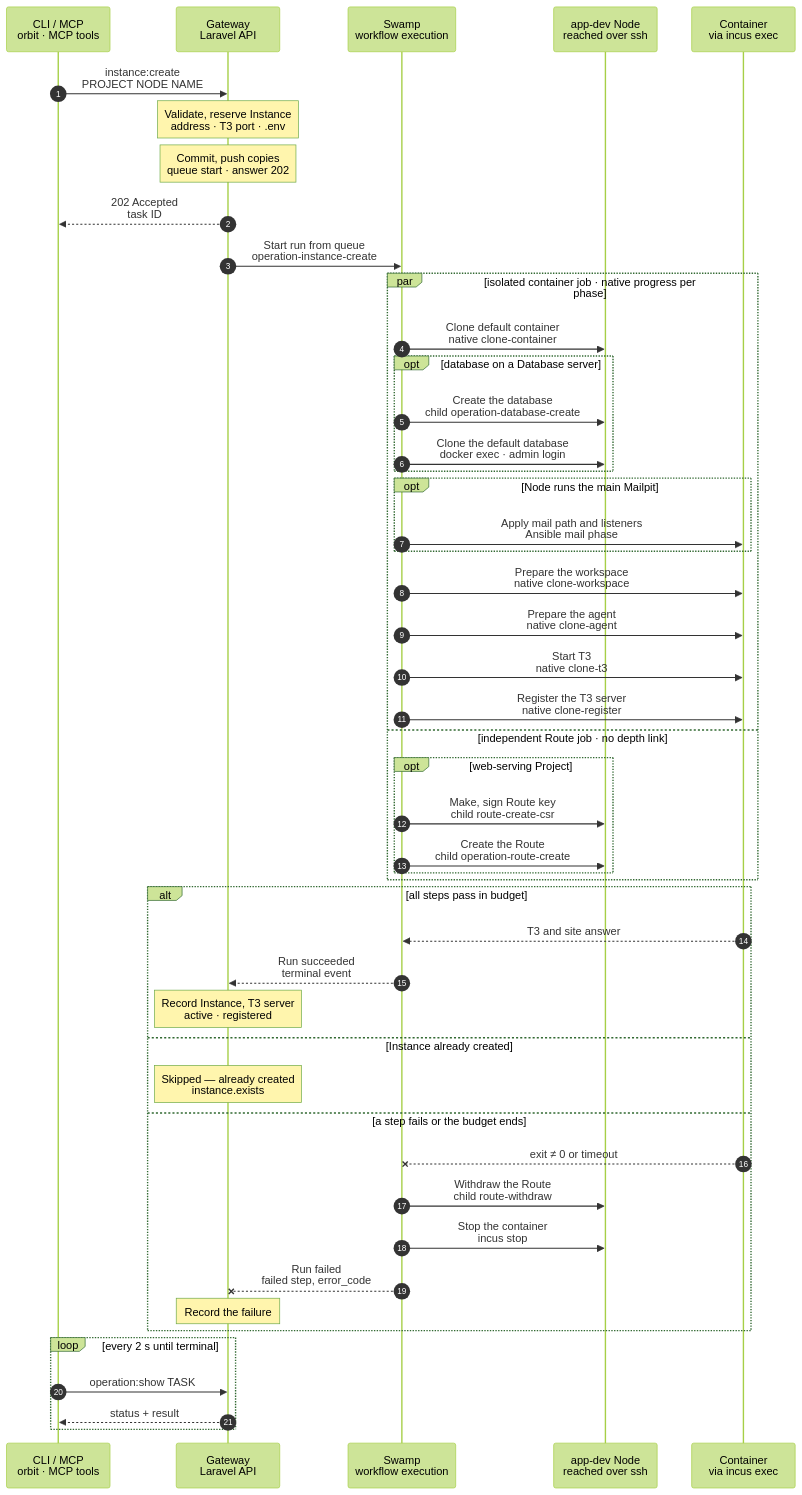
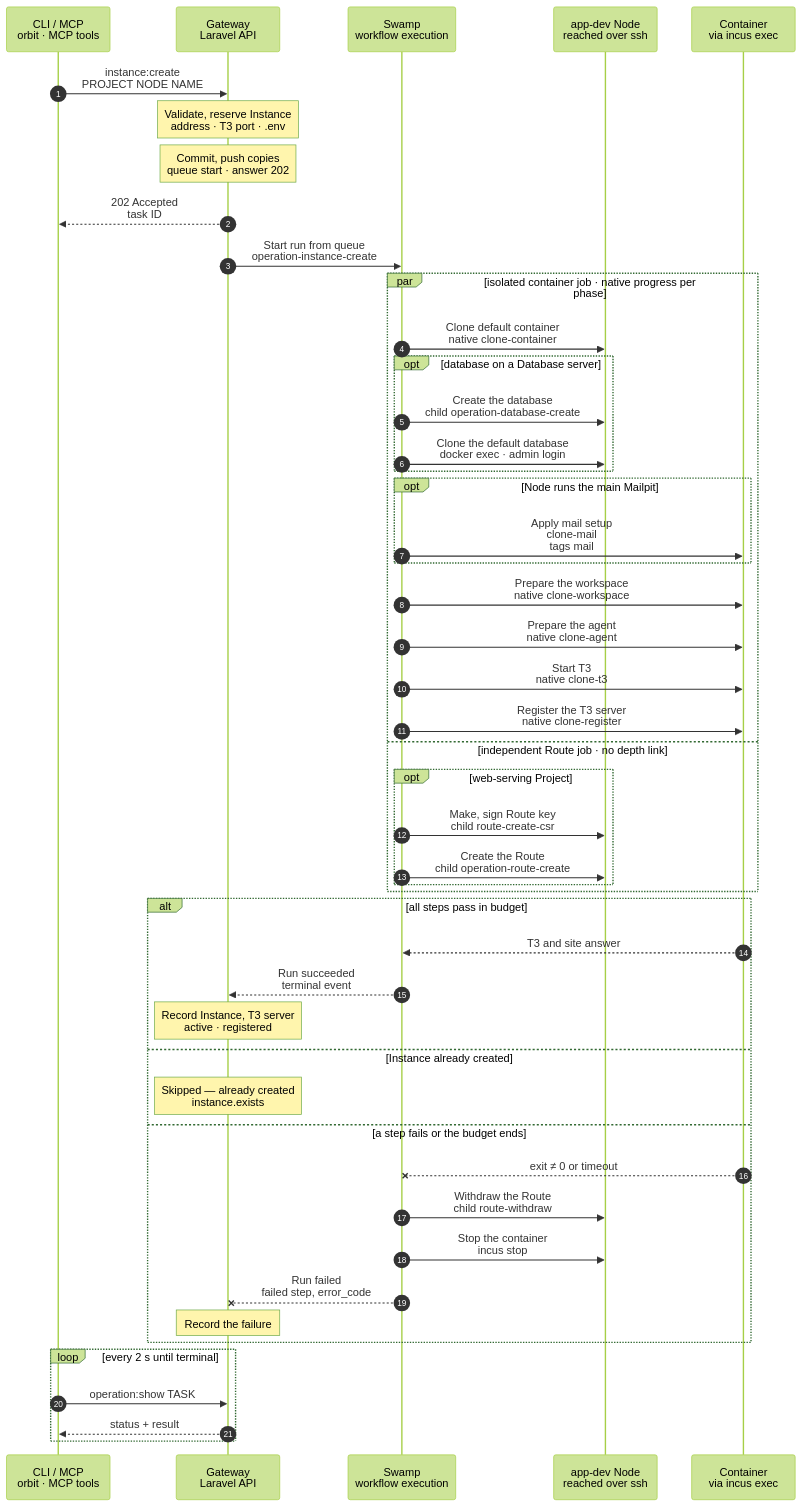
Before and after one commit to hardimpactdev/orbit: the diagram in docs/cli/instance/container/create.mmd, drawn with Mermaid (forest theme). The commit also changed 11 other files, not shown here.

```diff
--- a/docs/cli/instance/container/create.mmd
+++ b/docs/cli/instance/container/create.mmd
@@ -1,123 +1,123 @@
 sequenceDiagram
   %% Target design, container runtime (ADR 0250 step 3, docs/reference/development-containers.md#create): every new Instance is a ZFS clone of the Project's default Instance on its Node, with a clone of its database. Built for the Nodes of the build list. The kind and its step names follow docs/cli/instance/create.mmd; the intent's `container.clone` marks a clone. The Project's first default Instance is container/create-default.mmd; when the charts move into place, it becomes the first-default branch of this chart.
   %% status: draft
   %% command: instance:create
   %% kind: instance.create
   autonumber
   %% lane CLI icon=terminal pill=caller tone=gray
   %% lane GW icon=gateway pill=intent tone=blue
   %% lane SW icon=workflow pill=executes tone=green
   %% lane N icon=server pill=target tone=amber
   %% lane C icon=server pill=target tone=purple
   participant CLI as CLI / MCP<br/>orbit · MCP tools
   participant GW as Gateway<br/>Laravel API
   participant SW as Swamp<br/>workflow execution
   participant N as app-dev Node<br/>reached over ssh
   participant C as Container<br/>via incus exec
   CLI->>GW: instance:create<br/>PROJECT NODE NAME
   %%> Command:
   %%> - `orbit instance:create PROJECT NODE NAME`
   %%> - syntax: `<project> <node> <name> [--root=PATH] [--domain=HOST] [--branch=BRANCH] [--database-server=SLUG]`
   Note over GW: Validate, reserve Instance<br/>address · T3 port · .env
   %%> Requirements:
   %%> - the calling Node has node access to the target Node, an active `app-dev` Node
   %%> - the Project's `default` Instance runs in a container on this Node, is active and has a seed snapshot, else `instance.default_missing`
   %%> - Conn is enabled, and the model router has its guard, else `operation.kind_unavailable`
   %%> - a database on a Database server clones on the default's server; another server refuses `instance.database_clone_unsupported`
   %%> Result:
   %%> - the Instance is reserved with its runtime record: container name, bridge address, the lowest free T3 port from 3800 and the default as clone source
   %%> - `.env` is rendered from the Project's env template; it, the placeholder model key and a repository read token go to the vault
   %%> - the clone workspace reads one private JSON vault value with `.env` and the Process environment files; SSH stdin takes the whole value
   %%> - a task is recorded with the full intent and `container.clone`
   Note over GW: Commit, push copies<br/>queue start · answer 202
   GW-->>CLI: 202 Accepted<br/>task ID
   GW->>SW: Start run from queue<br/>operation-instance-create
   par isolated container job · native progress per phase
     SW->>N: Clone default container<br/>native clone-container
     %%> What it does:
     %%> - the copy supplies the full root disk device (type, path, pool and size), whether the seed inherits it or stores it locally
     %%> - `incus copy` of the default container's snapshot `seed-<commit>`, a ZFS clone; a stopped default needs no start
     %%> - the copy gets its own bridge address and ACL, and the proxy device `t3`: NAT from the Node's WireGuard address and the T3 port to T3's port 3773
     %%> - the container's ACL lets the Node's Caddy reach port 8080, WireGuard peers reach port 3773, and the container reach its database server's port
     %%> - UFW: a route rule admits WireGuard peers to T3, below a deny for the task VM range; a rule admits the container to its database server's port
     %%> - starts the copy: nftables, `hidepid` and the image's units start; T3 does not, because `/etc/orbit/instance` does not exist yet
     %%> Branch:
     %%> - fetches the Instance's branch into the Node's mirror with the read token, or creates it at the seed commit; the token stays on the Node
     opt database on a Database server
       SW->>N: Create the database<br/>child operation-database-create
       %%> What it does, through the database family:
       %%> - creates the Instance's owner and an empty database on the default's server
       SW->>N: Clone the default database<br/>docker exec · admin login
       %%> What it does:
       %%> - PostgreSQL: refuses new connections to the default database and ends its sessions, then `CREATE DATABASE … TEMPLATE`, and gives the clone's objects to the new owner
       %%> - a cleanup that always runs allows connections to the default database again
       %%> - MySQL: a dump of the default database restored into the new one
       %%> Runs beside the clone step: Swamp starts both at once.
     end
     opt Node runs the main Mailpit
-      SW->>C: Apply mail path and listeners<br/>Ansible mail phase
+      SW->>C: Apply mail setup<br/>clone-mail<br/>tags mail
       %%> Why:
       %%> - the exact own-ACL SMTP rule and additive bridge endpoint reach Mailpit without a Node converge
       %%> When:
       %%> - two IPv4 loopback sockets forward 1025 and 2525; a foreign listener skips setup without stopping its Process
     end
     SW->>C: Prepare the workspace<br/>native clone-workspace
     %%> What it does:
     %%> - pushes the branch in as a bundle and checks it out in `/srv/workspace`; the group, setgid bits and default ACLs come with the clone
     %%> - writes `.env` for `orbit` with group `work`; it keeps the default's `APP_KEY`, because the cloned data is encrypted with it
     %%> No setup steps:
     %%> - the default Instance installed the dependencies and migrated; a later lockfile change is installed in the workspace
     SW->>C: Prepare the agent<br/>native clone-agent
     %%> What it does:
     %%> - writes the placeholder key for `agent`, and the Claude Code and Codex settings that point at the model forwarder
     %%> - links `~/.claude/CLAUDE.md` and `~/.codex/AGENTS.md` of `agent` to the note of the Project type
     %%> - writes `/etc/orbit/instance`, owned by root and readable by all
     %%> What it does:
     %%> - writes the shared FrankenPHP Caddyfile and unit, then restarts it as `orbit`; only the Node's bridge peer with `X-Forwarded-Proto: https` sets PHP's HTTPS scheme, port and resolved client IP
   %%> - starts use nonblocking systemd jobs, then a bounded readiness check for each running unit; container Process units order after `network.target`
     SW->>C: Start T3<br/>native clone-t3
     %%> What it does:
     %%> - T3 starts for the first time and creates its identity; the T3 project `/srv/workspace` is added as `agent`
     %%> Check:
     %%> - waits up to 30 s for `/.well-known/t3/environment`, else `instance.t3_unready`
     SW->>C: Register the T3 server<br/>native clone-register
     %%> What it does:
     %%> - see container/t3-register.mmd: the sessions go to the vault, and the step checks the environment id and scopes
   and independent Route job · no depth link
     opt web-serving Project
       SW->>N: Make, sign Route key<br/>child route-create-csr
       SW->>N: Create the Route<br/>child operation-route-create
       %%> What it adds:
       %%> - the same steps as `route:create`, with the signed certificate, then a TLS handshake check; no HTTP request waits for app startup
       %%> - the Node's Caddy proxies the Route to FrankenPHP at the container's bridge address
       %%> - the Route job waits only for its CSR; a separate job prevents depth scheduling from delaying the container phases
       %%> - the prepared Route skips workspace ACL and environment writes; the container job owns those
     end
   end
   alt all steps pass in budget
     C-->>SW: T3 and site answer
     SW-->>GW: Run succeeded<br/>terminal event
     Note over GW: Record Instance, T3 server<br/>active · registered
     %%> Result:
     %%> - the Instance, its runtime and its Route become active; the runtime records the default Instance it came from
     %%> - the Conn layer records the T3 server from the result; its Node is the container's Node and it names the Instance
     %%> - the receipt includes when T3 answered, its sessions passed, and the Route TLS probes passed
   else Instance already created
     Note over GW: Skipped — already created<br/>instance.exists
   else a step fails or the budget ends
     C--xSW: exit ≠ 0 or timeout
     SW->>N: Withdraw the Route<br/>child route-withdraw
     %%> When:
     %%> - only when the run published it
     SW->>N: Stop the container<br/>incus stop
     %%> What stays:
     %%> - the stopped container, its database and its runtime record, marked failed; `instance:destroy` removes them
     SW--xGW: Run failed<br/>failed step, error_code
     Note over GW: Record the failure
     %%> Retry:
     %%> - run the same command again; it resumes on the same container and database
   end
   loop every 2 s until terminal
     CLI->>GW: operation:show TASK
     GW-->>CLI: status + result
   end
```
